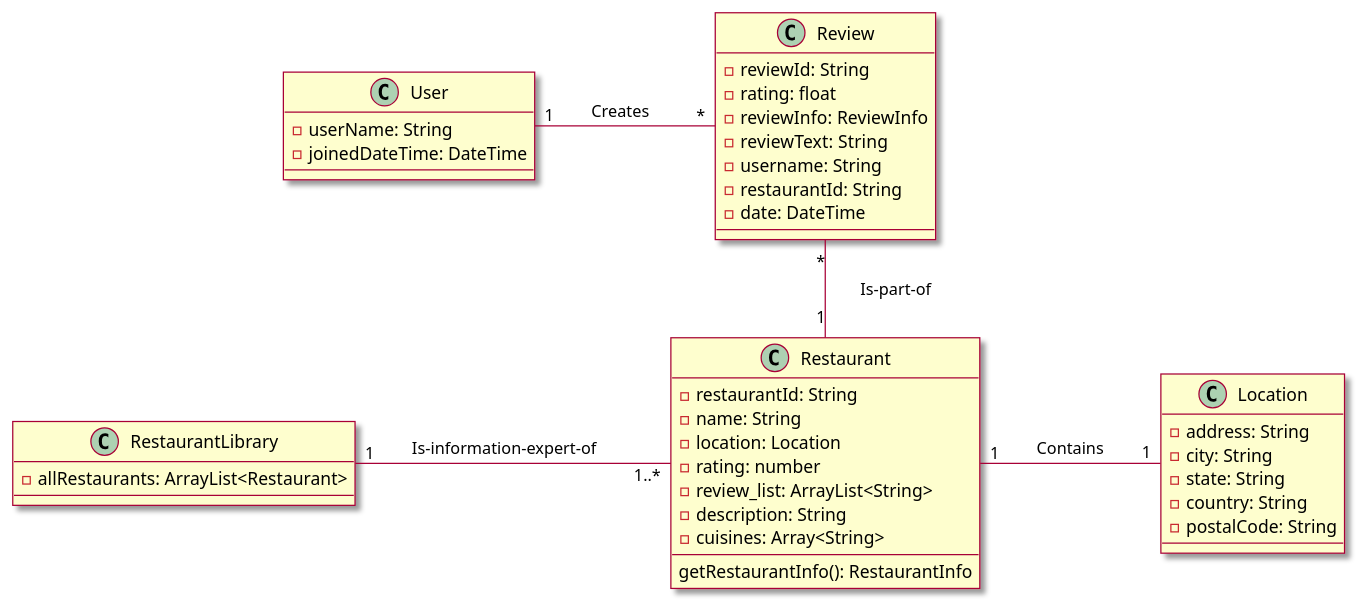
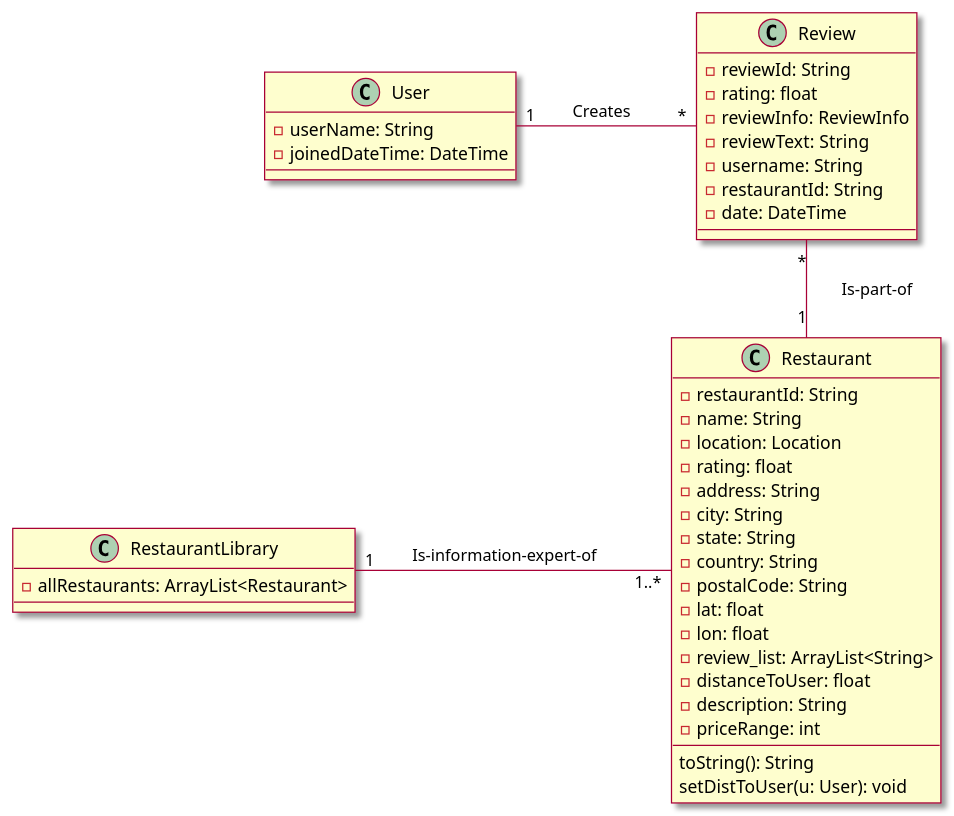
The second of 2 diagrams in intellij/doc/design.md (tanwasp/LunchBox-Android), drawn with PlantUML before and after one commit. The commit also changed other lines of this file and 3 other files, not shown here.

Commit message:
Start updating design diagram

````diff
--- a/intellij/doc/design.md
+++ b/intellij/doc/design.md
@@ -35,51 +39,51 @@
 ```plantuml
 @startuml
 skin rose
 'skinparam classAttributeIconSize 0
 
 class Restaurant{
     -restaurantId: String
     -name: String
     -location: Location
-    -rating: number
-    -review_list: ArrayList<String>
-    -description: String
-    -cuisines: Array<String>
-    --
-    getRestaurantInfo(): RestaurantInfo
-}
-
-class Location{
+    -rating: float
     -address: String
     -city: String
     -state: String
     -country: String
     -postalCode: String
+    -lat: float
+    -lon: float
+    -review_list: ArrayList<String>
+    -distanceToUser: float
+    -description: String
+    -priceRange: int
+    --
+    toString(): String
+    setDistToUser(u: User): void
 }
 
 class Review{
     -reviewId: String
     -rating: float
     -reviewInfo: ReviewInfo
     -reviewText: String
     -username: String
     -restaurantId: String
     -date: DateTime
 }
 
 class User{
     -userName: String
     -joinedDateTime: DateTime
 }
 
 class RestaurantLibrary{
     -allRestaurants: ArrayList<Restaurant>
 }
 
 ' associations
 RestaurantLibrary "1" - "1..*" Restaurant : \tIs-information-expert-of\t\t
-Restaurant "1" - "1" Location : \tContains\t\t
 Review "*" -- "1" Restaurant : \tIs-part-of\t\t
 User "1" - "*" Review : \tCreates\t\t
 @enduml
 ```
````
